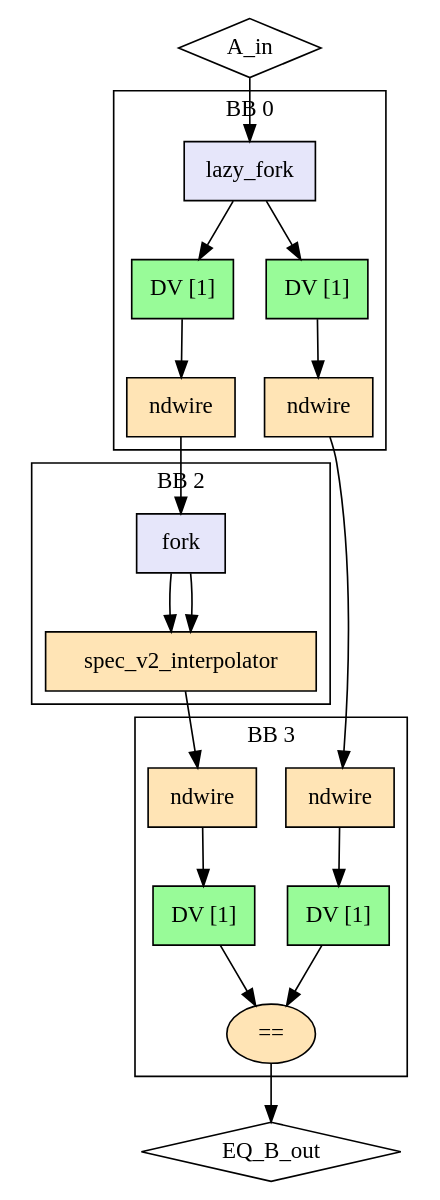
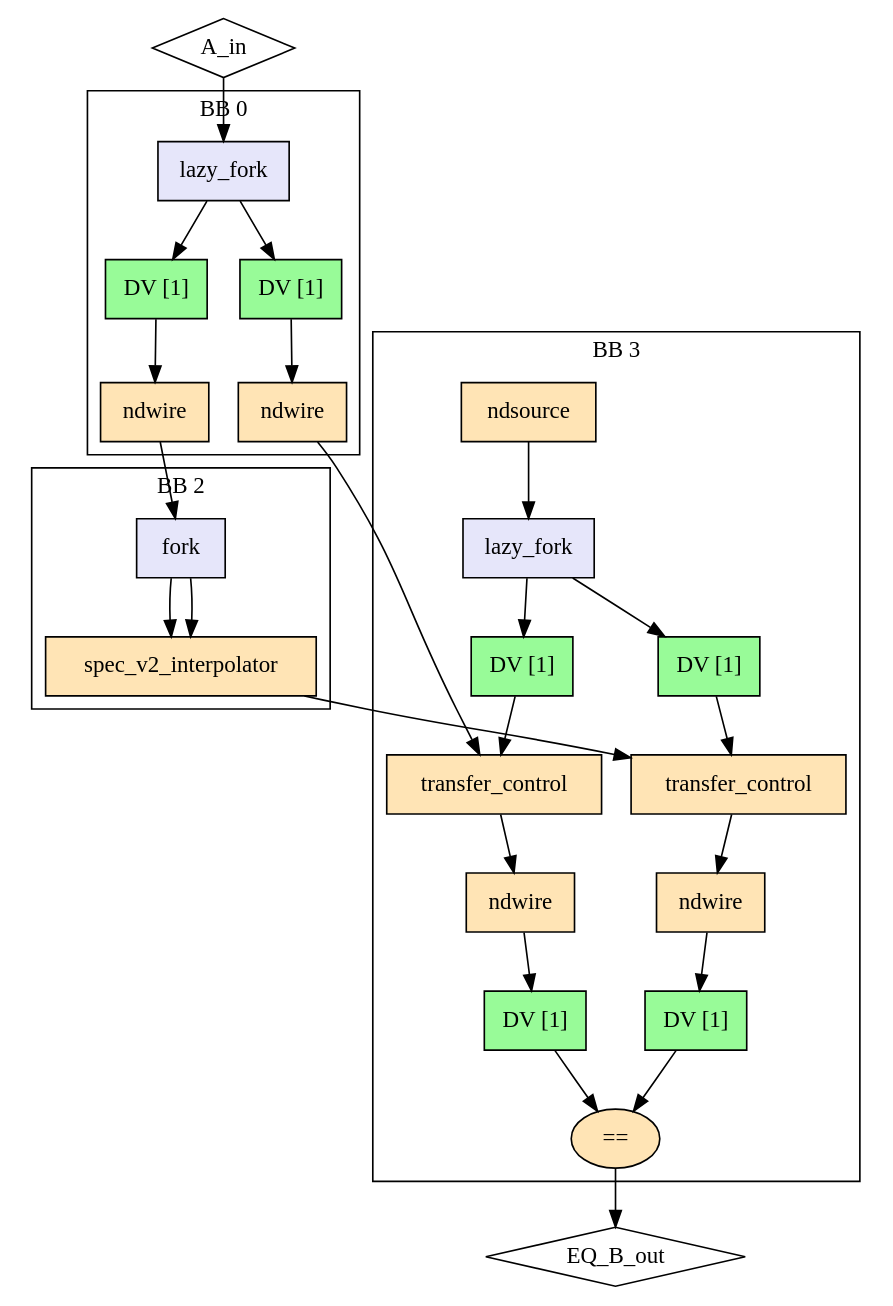
One commit to EPFL-LAP/dynamatic changed the diagram in experimental/tools/elastic-miter/out/interpolator_ident/miter/model.dot. Above: the diagram before and after it, drawn with Graphviz. The commit also changed 109 other files, not shown here.

```diff
--- a/experimental/tools/elastic-miter/out/interpolator_ident/miter/model.dot
+++ b/experimental/tools/elastic-miter/out/interpolator_ident/miter/model.dot
@@ -1,42 +1,55 @@
 Digraph G {
   splines=spline
   compound=true
   "A_in" ["style"="solid", "shape"="diamond", "label"="A_in", "mlir_op"="handshake.func"]
   "EQ_B_out" ["style"="solid", "shape"="diamond", "label"="EQ_B_out", "mlir_op"="handshake.func"]
   "A_in" -> "in_fork_A_in" ["dir"="both", "style"="solid", "arrowhead"="normal", "from_idx"="0", "to"="ins", "arrowtail"="none", "from"="A_in", "to_idx"="0"]
-  "lhs_in_ndw_A_in" -> "lhs_out_ndw_B_out" ["dir"="both", "style"="solid", "arrowhead"="normal", "from_idx"="0", "to"="ins", "arrowtail"="none", "from"="outs", "to_idx"="0"]
+  "lhs_in_ndw_A_in" -> "out_lhs_tc_B_out" ["dir"="both", "style"="solid", "arrowhead"="normal", "from_idx"="0", "to"="ins", "arrowtail"="none", "from"="outs", "to_idx"="0"]
   "rhs_in_ndw_A_in" -> "rhs_fork" ["dir"="both", "style"="solid", "arrowhead"="normal", "from_idx"="0", "to"="ins", "arrowtail"="none", "from"="outs", "to_idx"="0"]
-  "rhs_interpolate" -> "rhs_out_ndw_B_out" ["dir"="both", "style"="solid", "arrowhead"="normal", "from_idx"="0", "to"="ins", "arrowtail"="none", "from"="result", "to_idx"="0"]
+  "rhs_interpolate" -> "out_rhs_tc_B_out" ["dir"="both", "style"="solid", "arrowhead"="normal", "from_idx"="0", "to"="ins", "arrowtail"="none", "from"="result", "to_idx"="0"]
   "out_eq_B_out" -> "EQ_B_out" ["dir"="both", "style"="solid", "arrowhead"="normal", "from_idx"="0", "to"="EQ_B_out", "arrowtail"="none", "from"="result", "to_idx"="0"]
   subgraph cluster0 {
     graph ["label"="BB 0"]
     "in_fork_A_in" ["style"="filled", "fillcolor"="lavender", "shape"="box", "label"="lazy_fork", "mlir_op"="handshake.lazy_fork"]
     "lhs_in_buf_A_in" ["style"="filled", "fillcolor"="palegreen", "shape"="box", "label"="DV [1]", "mlir_op"="handshake.buffer"]
     "rhs_in_buf_A_in" ["style"="filled", "fillcolor"="palegreen", "shape"="box", "label"="DV [1]", "mlir_op"="handshake.buffer"]
     "lhs_in_ndw_A_in" ["style"="filled", "fillcolor"="moccasin", "shape"="box", "label"="ndwire", "mlir_op"="handshake.ndwire"]
     "rhs_in_ndw_A_in" ["style"="filled", "fillcolor"="moccasin", "shape"="box", "label"="ndwire", "mlir_op"="handshake.ndwire"]
     "in_fork_A_in" -> "lhs_in_buf_A_in" ["dir"="both", "style"="solid", "arrowhead"="normal", "from_idx"="0", "to"="ins", "arrowtail"="none", "from"="outs_0", "to_idx"="0"]
     "in_fork_A_in" -> "rhs_in_buf_A_in" ["dir"="both", "style"="solid", "arrowhead"="normal", "from_idx"="1", "to"="ins", "arrowtail"="none", "from"="outs_1", "to_idx"="0"]
     "lhs_in_buf_A_in" -> "lhs_in_ndw_A_in" ["dir"="both", "style"="solid", "arrowhead"="normal", "from_idx"="0", "to"="ins", "arrowtail"="none", "from"="outs", "to_idx"="0"]
     "rhs_in_buf_A_in" -> "rhs_in_ndw_A_in" ["dir"="both", "style"="solid", "arrowhead"="normal", "from_idx"="0", "to"="ins", "arrowtail"="none", "from"="outs", "to_idx"="0"]
   }
   subgraph cluster2 {
     graph ["label"="BB 2"]
     "rhs_fork" ["style"="filled", "fillcolor"="lavender", "shape"="box", "label"="fork", "mlir_op"="handshake.fork"]
     "rhs_interpolate" ["style"="filled", "fillcolor"="moccasin", "shape"="box", "label"="spec_v2_interpolator", "mlir_op"="handshake.spec_v2_interpolator"]
     "rhs_fork" -> "rhs_interpolate" ["dir"="both", "style"="solid", "arrowhead"="normal", "from_idx"="0", "to"="short", "arrowtail"="none", "from"="outs_0", "to_idx"="0"]
     "rhs_fork" -> "rhs_interpolate" ["dir"="both", "style"="solid", "arrowhead"="normal", "from_idx"="1", "to"="long", "arrowtail"="none", "from"="outs_1", "to_idx"="1"]
   }
   subgraph cluster3 {
     graph ["label"="BB 3"]
+    "out_nds_B_out" ["style"="filled", "fillcolor"="moccasin", "shape"="box", "label"="ndsource", "mlir_op"="handshake.ndsource"]
+    "out_lf_B_out" ["style"="filled", "fillcolor"="lavender", "shape"="box", "label"="lazy_fork", "mlir_op"="handshake.lazy_fork"]
+    "out_buf_lhs_nds_B_out" ["style"="filled", "fillcolor"="palegreen", "shape"="box", "label"="DV [1]", "mlir_op"="handshake.buffer"]
+    "out_buf_rhs_nds_B_out" ["style"="filled", "fillcolor"="palegreen", "shape"="box", "label"="DV [1]", "mlir_op"="handshake.buffer"]
+    "out_lhs_tc_B_out" ["style"="filled", "fillcolor"="moccasin", "shape"="box", "label"="transfer_control", "mlir_op"="handshake.transfer_control"]
+    "out_rhs_tc_B_out" ["style"="filled", "fillcolor"="moccasin", "shape"="box", "label"="transfer_control", "mlir_op"="handshake.transfer_control"]
     "lhs_out_ndw_B_out" ["style"="filled", "fillcolor"="moccasin", "shape"="box", "label"="ndwire", "mlir_op"="handshake.ndwire"]
     "rhs_out_ndw_B_out" ["style"="filled", "fillcolor"="moccasin", "shape"="box", "label"="ndwire", "mlir_op"="handshake.ndwire"]
     "lhs_out_buf_B_out" ["style"="filled", "fillcolor"="palegreen", "shape"="box", "label"="DV [1]", "mlir_op"="handshake.buffer"]
     "rhs_out_buf_B_out" ["style"="filled", "fillcolor"="palegreen", "shape"="box", "label"="DV [1]", "mlir_op"="handshake.buffer"]
     "out_eq_B_out" ["style"="filled", "fillcolor"="moccasin", "shape"="oval", "label"="==", "mlir_op"="handshake.cmpi=="]
+    "out_nds_B_out" -> "out_lf_B_out" ["dir"="both", "style"="solid", "arrowhead"="normal", "from_idx"="0", "to"="ins", "arrowtail"="none", "from"="result", "to_idx"="0"]
+    "out_lf_B_out" -> "out_buf_lhs_nds_B_out" ["dir"="both", "style"="solid", "arrowhead"="normal", "from_idx"="0", "to"="ins", "arrowtail"="none", "from"="outs_0", "to_idx"="0"]
+    "out_lf_B_out" -> "out_buf_rhs_nds_B_out" ["dir"="both", "style"="solid", "arrowhead"="normal", "from_idx"="1", "to"="ins", "arrowtail"="none", "from"="outs_1", "to_idx"="0"]
+    "out_buf_lhs_nds_B_out" -> "out_lhs_tc_B_out" ["dir"="both", "style"="solid", "arrowhead"="normal", "from_idx"="0", "to"="ctrl", "arrowtail"="none", "from"="outs", "to_idx"="1"]
+    "out_buf_rhs_nds_B_out" -> "out_rhs_tc_B_out" ["dir"="both", "style"="solid", "arrowhead"="normal", "from_idx"="0", "to"="ctrl", "arrowtail"="none", "from"="outs", "to_idx"="1"]
+    "out_lhs_tc_B_out" -> "lhs_out_ndw_B_out" ["dir"="both", "style"="solid", "arrowhead"="normal", "from_idx"="0", "to"="ins", "arrowtail"="none", "from"="outs", "to_idx"="0"]
+    "out_rhs_tc_B_out" -> "rhs_out_ndw_B_out" ["dir"="both", "style"="solid", "arrowhead"="normal", "from_idx"="0", "to"="ins", "arrowtail"="none", "from"="outs", "to_idx"="0"]
     "lhs_out_ndw_B_out" -> "lhs_out_buf_B_out" ["dir"="both", "style"="solid", "arrowhead"="normal", "from_idx"="0", "to"="ins", "arrowtail"="none", "from"="outs", "to_idx"="0"]
     "rhs_out_ndw_B_out" -> "rhs_out_buf_B_out" ["dir"="both", "style"="solid", "arrowhead"="normal", "from_idx"="0", "to"="ins", "arrowtail"="none", "from"="outs", "to_idx"="0"]
     "lhs_out_buf_B_out" -> "out_eq_B_out" ["dir"="both", "style"="solid", "arrowhead"="normal", "from_idx"="0", "to"="lhs", "arrowtail"="none", "from"="outs", "to_idx"="0"]
     "rhs_out_buf_B_out" -> "out_eq_B_out" ["dir"="both", "style"="solid", "arrowhead"="normal", "from_idx"="0", "to"="rhs", "arrowtail"="none", "from"="outs", "to_idx"="1"]
   }
 }
```
